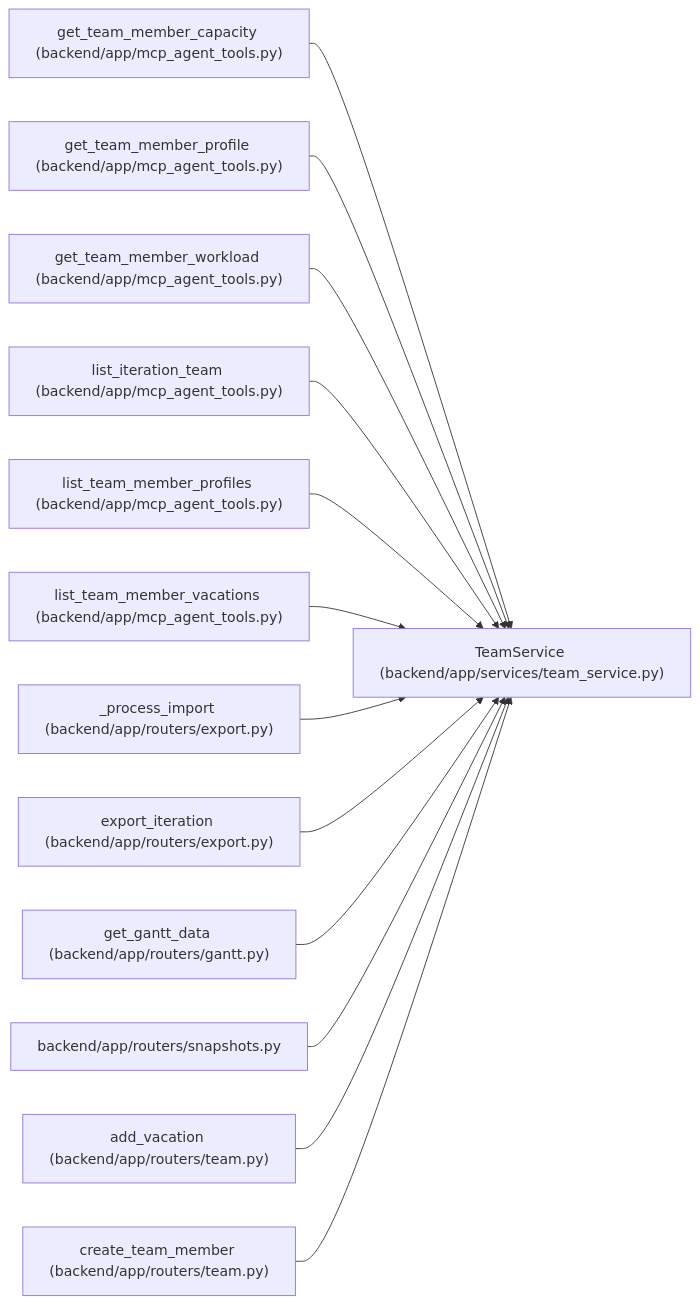
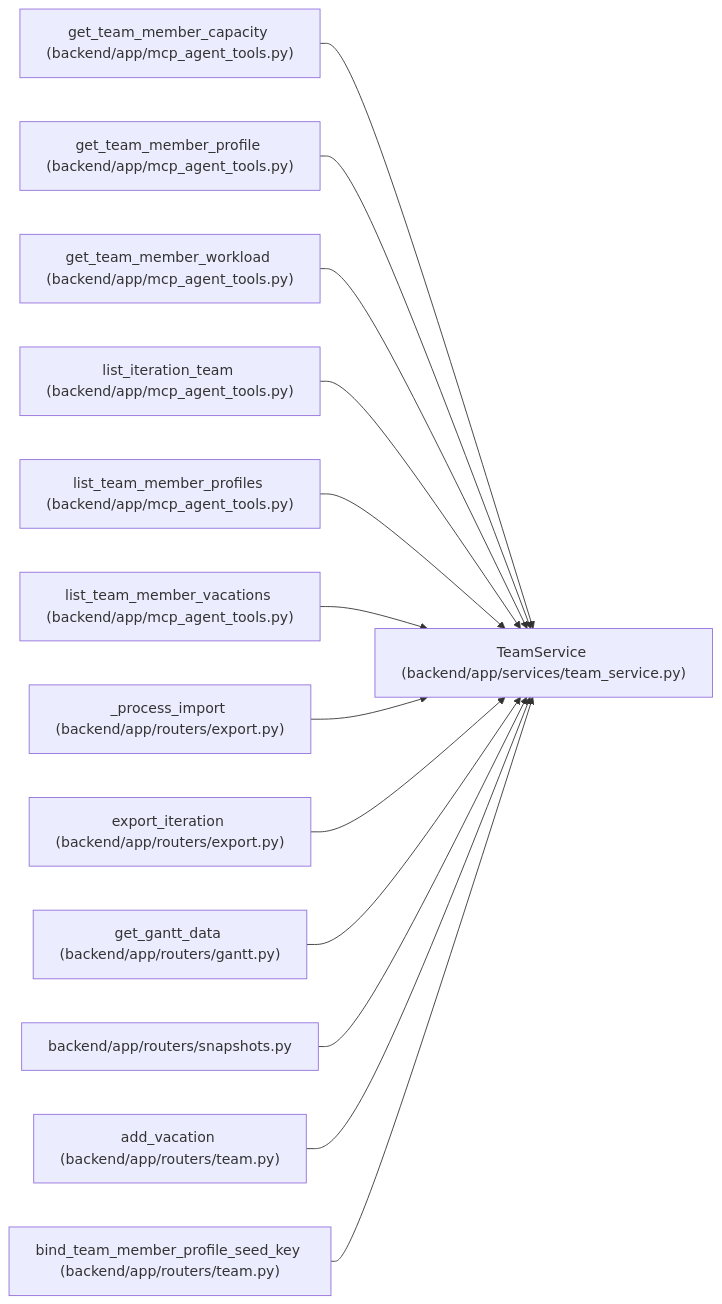
The diagram in docs/llm_wiki/entities/TeamService.md (Denissvgn/WorkChord), drawn with Mermaid before and after one commit. The commit also changed other lines of this file and 1817 other files, not shown here.

First line of the commit message:
Refresh the architectural wiki for the 1.9.0 changes

````diff
--- a/docs/llm_wiki/entities/TeamService.md
+++ b/docs/llm_wiki/entities/TeamService.md
@@ -55,41 +56,41 @@
 ```mermaid
 flowchart LR
     n0["TeamService (backend/app/services/team_service.py)"]
     n1["get_team_member_capacity (backend/app/mcp_agent_tools.py)"]
     n2["get_team_member_profile (backend/app/mcp_agent_tools.py)"]
     n3["get_team_member_workload (backend/app/mcp_agent_tools.py)"]
     n4["list_iteration_team (backend/app/mcp_agent_tools.py)"]
     n5["list_team_member_profiles (backend/app/mcp_agent_tools.py)"]
     n6["list_team_member_vacations (backend/app/mcp_agent_tools.py)"]
     n7["_process_import (backend/app/routers/export.py)"]
     n8["export_iteration (backend/app/routers/export.py)"]
     n9["get_gantt_data (backend/app/routers/gantt.py)"]
     n10["backend/app/routers/snapshots.py"]
     n11["add_vacation (backend/app/routers/team.py)"]
-    n12["create_team_member (backend/app/routers/team.py)"]
+    n12["bind_team_member_profile_seed_key (backend/app/routers/team.py)"]
     n1 --> n0
     n2 --> n0
     n3 --> n0
     n4 --> n0
     n5 --> n0
     n6 --> n0
     n7 --> n0
     n8 --> n0
     n9 --> n0
     n10 --> n0
     n11 --> n0
     n12 --> n0
     click n0 "../modules/team_service.md"
     click n1 "../modules/mcp_agent_tools.md"
     click n2 "../modules/mcp_agent_tools.md"
     click n3 "../modules/mcp_agent_tools.md"
     click n4 "../modules/mcp_agent_tools.md"
     click n5 "../modules/mcp_agent_tools.md"
     click n6 "../modules/mcp_agent_tools.md"
     click n7 "../modules/export.md"
     click n8 "../modules/export.md"
     click n9 "../modules/routers_gantt.md"
     click n10 "../modules/snapshots.md"
     click n11 "../modules/routers_team.md"
     click n12 "../modules/routers_team.md"
 ```
````
